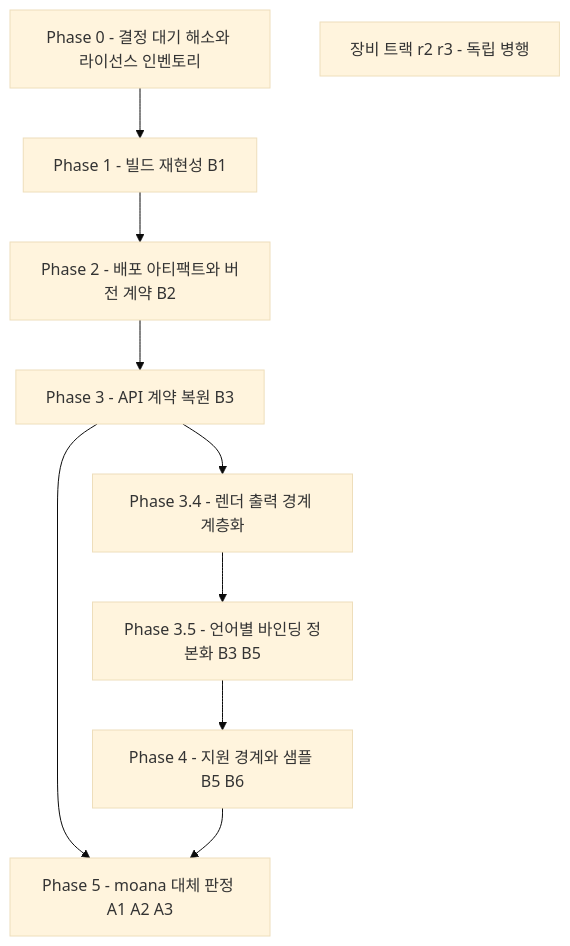
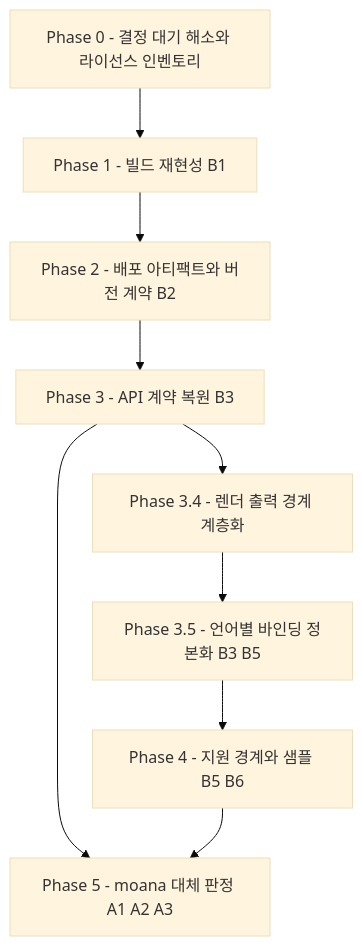
One commit to beomsikpark/healcerion-platform changed the diagram in docs/refactoring/plan.md. Above: the diagram before and after it, drawn with Mermaid (base theme). The commit also changed other lines of this file and 13 other files, not shown here.

````diff
--- a/docs/refactoring/plan.md
+++ b/docs/refactoring/plan.md
@@ -10,20 +10,19 @@
 ```mermaid
 flowchart TB
     p0[Phase 0 - 결정 대기 해소와 라이선스 인벤토리]
     p1[Phase 1 - 빌드 재현성 B1]
     p2[Phase 2 - 배포 아티팩트와 버전 계약 B2]
     p3[Phase 3 - API 계약 복원 B3]
     p34[Phase 3.4 - 렌더 출력 경계 계층화]
     p35[Phase 3.5 - 언어별 바인딩 정본화 B3 B5]
     p4[Phase 4 - 지원 경계와 샘플 B5 B6]
     p5[Phase 5 - moana 대체 판정 A1 A2 A3]
-    dev[장비 트랙 r2 r3 - 독립 병행]
     p0 --> p1
     p1 --> p2
     p2 --> p3
     p3 --> p34
     p34 --> p35
     p35 --> p4
     p3 --> p5
     p4 --> p5
 ```
````
